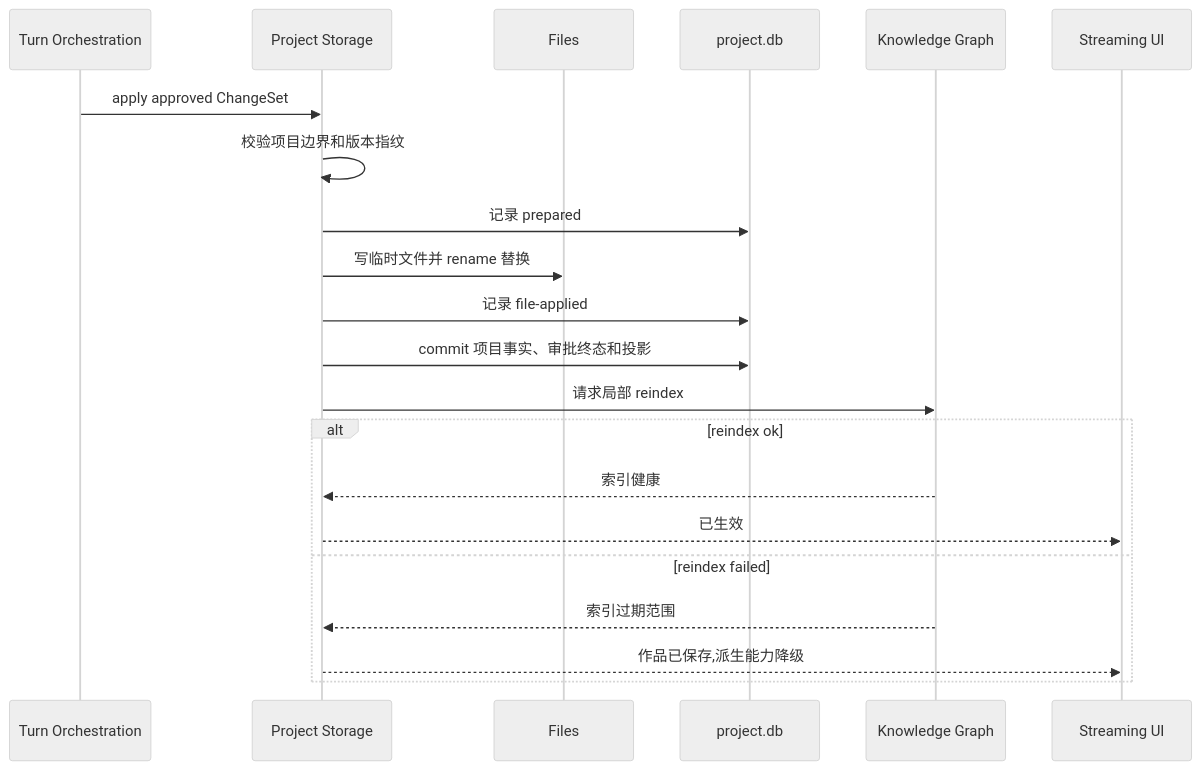
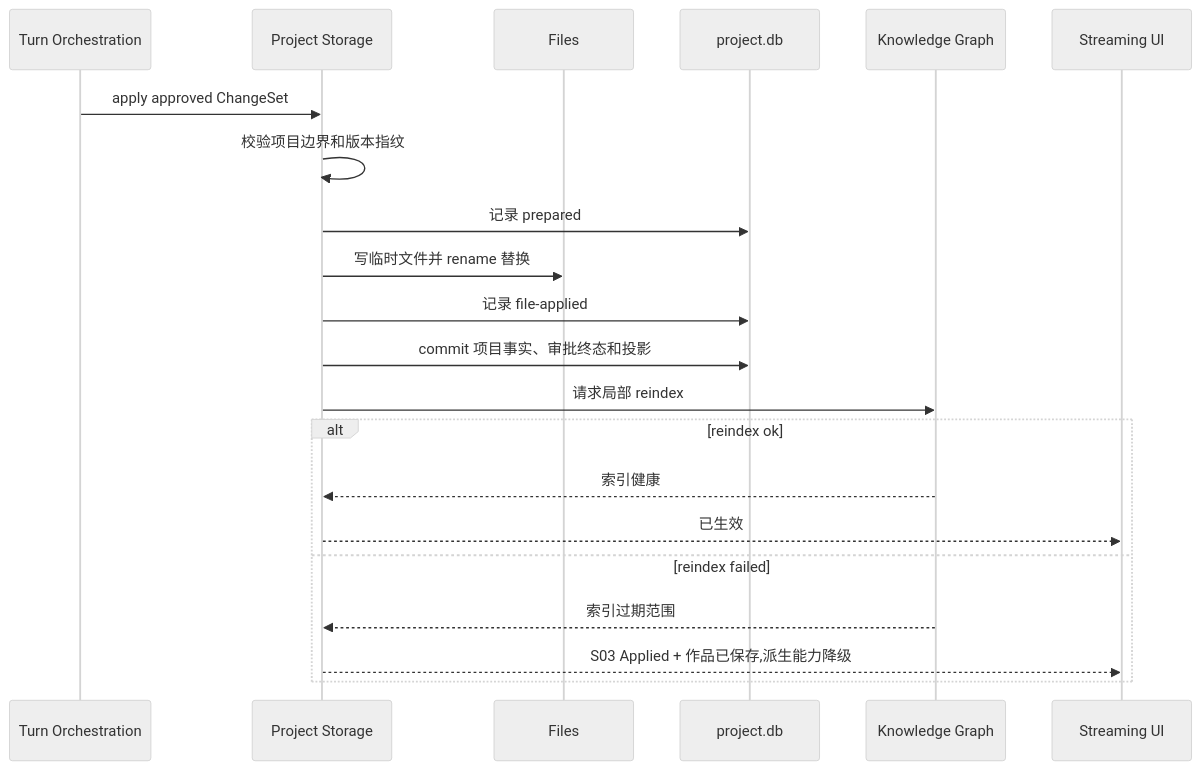
The second of 3 diagrams in spec/S14-project-storage.md (jinhuang712/open-novel), drawn with Mermaid (neutral theme) before and after one commit. The commit also changed other lines of this file and 9 other files, not shown here.

````diff
--- a/spec/S14-project-storage.md
+++ b/spec/S14-project-storage.md
@@ -116,24 +118,24 @@
 ```mermaid
 sequenceDiagram
   participant O as Turn Orchestration
   participant S as Project Storage
   participant F as Files
   participant D as project.db
   participant K as Knowledge Graph
   participant UI as Streaming UI
 
   O->>S: apply approved ChangeSet
   S->>S: 校验项目边界和版本指纹
   S->>D: 记录 prepared
   S->>F: 写临时文件并 rename 替换
   S->>D: 记录 file-applied
   S->>D: commit 项目事实、审批终态和投影
   S->>K: 请求局部 reindex
   alt reindex ok
     K-->>S: 索引健康
     S-->>UI: 已生效
   else reindex failed
     K-->>S: 索引过期范围
-    S-->>UI: 作品已保存,派生能力降级
+    S-->>UI: S03 Applied + 作品已保存,派生能力降级
   end
 ```
````
